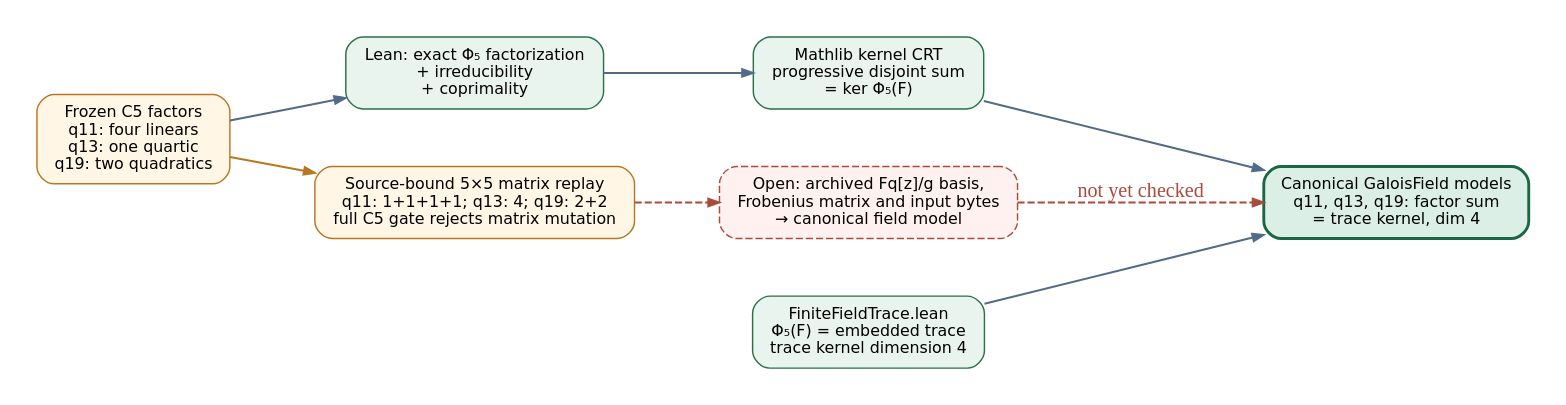
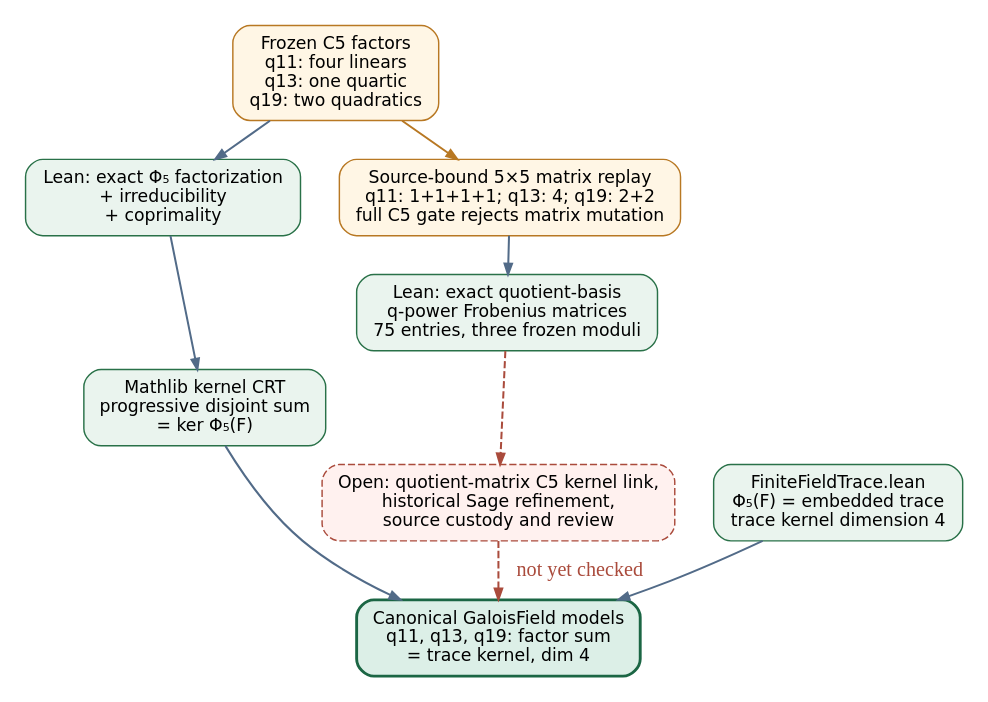
One commit to aburan28/crypto-autoresearcher changed the diagram in docs/reports/2026-10-22-frob-c5-factor-kernels/proof.dot. Above: the diagram before and after it, drawn with Graphviz. The commit also changed 8 other files, not shown here.

Commit message:
Track quotient matrix certificate in C5 proof boundary

```diff
--- a/docs/reports/2026-10-22-frob-c5-factor-kernels/proof.dot
+++ b/docs/reports/2026-10-22-frob-c5-factor-kernels/proof.dot
@@ -1,17 +1,19 @@
 digraph C5FactorProof {
-  graph [rankdir=LR, bgcolor="white", fontname="DejaVu Sans", nodesep=0.55, ranksep=0.8, pad=0.25];
-  node [shape=box, style="rounded,filled", fontname="DejaVu Sans", fontsize=11, color="#274c77", fillcolor="#edf5ff", margin="0.16,0.10"];
+  graph [rankdir=TB, bgcolor="white", fontname="DejaVu Sans", nodesep=0.38, ranksep=0.36, pad=0.14];
+  node [shape=box, style="rounded,filled", fontname="DejaVu Sans", fontsize=12, color="#274c77", fillcolor="#edf5ff", margin="0.16,0.10"];
   edge [color="#526b88", arrowsize=0.75, penwidth=1.4];
   frozen [label="Frozen C5 factors\nq11: four linears\nq13: one quartic\nq19: two quadratics", fillcolor="#fff6e5", color="#b87823"];
   exact [label="Lean: exact Φ₅ factorization\n+ irreducibility\n+ coprimality", fillcolor="#eaf4ee", color="#297148"];
   crt [label="Mathlib kernel CRT\nprogressive disjoint sum\n= ker Φ₅(F)", fillcolor="#eaf4ee", color="#297148"];
   trace [label="FiniteFieldTrace.lean\nΦ₅(F) = embedded trace\ntrace kernel dimension 4", fillcolor="#eaf4ee", color="#297148"];
   result [label="Canonical GaloisField models\nq11, q13, q19: factor sum\n= trace kernel, dim 4", fillcolor="#dcefe7", color="#1b6644", penwidth=2];
   replay [label="Source-bound 5×5 matrix replay\nq11: 1+1+1+1; q13: 4; q19: 2+2\nfull C5 gate rejects matrix mutation", fillcolor="#fff6e5", color="#b87823"];
-  bridge [label="Open: archived Fq[z]/g basis,\nFrobenius matrix and input bytes\n→ canonical field model", style="rounded,dashed,filled", fillcolor="#fff1ef", color="#aa4b3c"];
+  quotient [label="Lean: exact quotient-basis\nq-power Frobenius matrices\n75 entries, three frozen moduli", fillcolor="#eaf4ee", color="#297148"];
+  bridge [label="Open: quotient-matrix C5 kernel link,\nhistorical Sage refinement,\nsource custody and review", style="rounded,dashed,filled", fillcolor="#fff1ef", color="#aa4b3c"];
   frozen -> exact -> crt -> result;
   trace -> result;
   frozen -> replay [color="#b87823"];
-  replay -> bridge [style=dashed, color="#aa4b3c"];
+  replay -> quotient;
+  quotient -> bridge [style=dashed, color="#aa4b3c"];
   bridge -> result [style=dashed, color="#aa4b3c", label="not yet checked", fontcolor="#aa4b3c"];
 }
```
